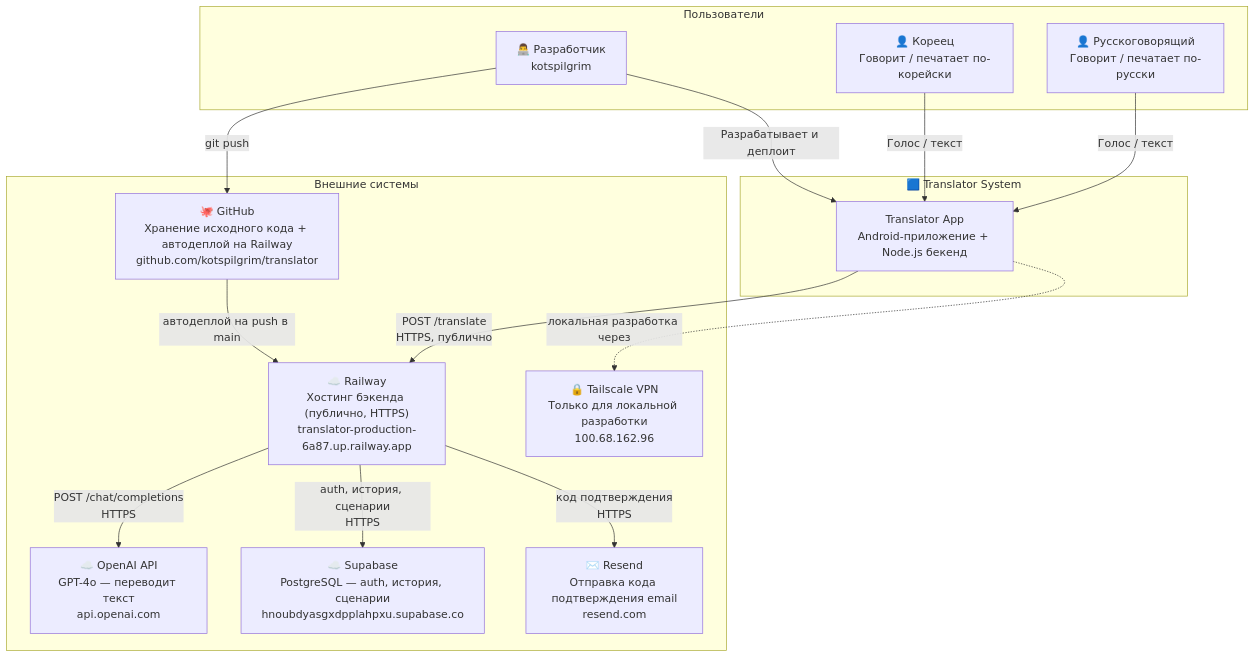
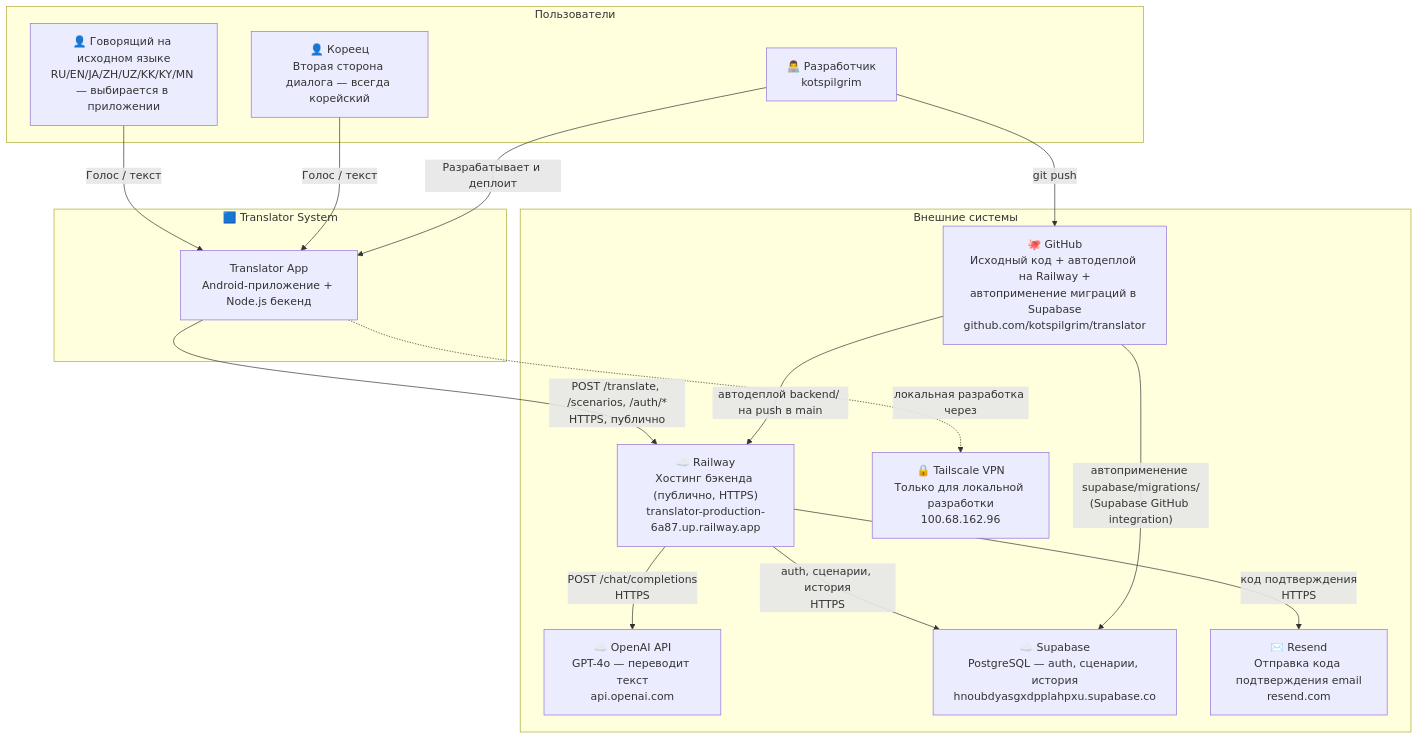
Before and after one commit to kotspilgrim/translator: the first of 6 diagrams in ARCHITECTURE.md, drawn with Mermaid. The commit also changed other lines of this file, not shown here.

First line of the commit message:
docs: rewrite ARCHITECTURE.md to match current implementation

````diff
--- a/ARCHITECTURE.md
+++ b/ARCHITECTURE.md
@@ -13,32 +13,33 @@
 ```mermaid
 graph TB
   subgraph people["Пользователи"]
-    RU["👤 Русскоговорящий\nГоворит / печатает по-русски"]
-    KO["👤 Кореец\nГоворит / печатает по-корейски"]
+    RU["👤 Говорящий на исходном языке\nRU/EN/JA/ZH/UZ/KK/KY/MN — выбирается в приложении"]
+    KO["👤 Кореец\nВторая сторона диалога — всегда корейский"]
     DEV["👨‍💻 Разработчик\nkotspilgrim"]
   end
 
   subgraph system["🟦 Translator System"]
     APP["Translator App\nAndroid-приложение + Node.js бекенд"]
   end
 
   subgraph external["Внешние системы"]
     OPENAI["☁️ OpenAI API\nGPT-4o — переводит текст\napi.openai.com"]
-    SUPABASE["☁️ Supabase\nPostgreSQL — auth, история, сценарии\nhnoubdyasgxdpplahpxu.supabase.co"]
+    SUPABASE["☁️ Supabase\nPostgreSQL — auth, сценарии, история\nhnoubdyasgxdpplahpxu.supabase.co"]
     RESEND["✉️ Resend\nОтправка кода подтверждения email\nresend.com"]
     RAILWAY["☁️ Railway\nХостинг бэкенда (публично, HTTPS)\ntranslator-production-6a87.up.railway.app"]
-    GITHUB["🐙 GitHub\nХранение исходного кода + автодеплой на Railway\ngithub.com/kotspilgrim/translator"]
+    GITHUB["🐙 GitHub\nИсходный код + автодеплой на Railway +\nавтоприменение миграций в Supabase\ngithub.com/kotspilgrim/translator"]
     TAILSCALE["🔒 Tailscale VPN\nТолько для локальной разработки\n100.68.162.96"]
   end
 
   RU -->|"Голос / текст"| APP
   KO -->|"Голос / текст"| APP
   DEV -->|"Разрабатывает и деплоит"| APP
-  APP -->|"POST /translate\nHTTPS, публично"| RAILWAY
+  APP -->|"POST /translate, /scenarios, /auth/*\nHTTPS, публично"| RAILWAY
   RAILWAY -->|"POST /chat/completions\nHTTPS"| OPENAI
-  RAILWAY -->|"auth, история, сценарии\nHTTPS"| SUPABASE
+  RAILWAY -->|"auth, сценарии, история\nHTTPS"| SUPABASE
   RAILWAY -->|"код подтверждения\nHTTPS"| RESEND
   DEV -->|"git push"| GITHUB
-  GITHUB -->|"автодеплой на push в main"| RAILWAY
+  GITHUB -->|"автодеплой backend/ на push в main"| RAILWAY
+  GITHUB -->|"автоприменение supabase/migrations/\n(Supabase GitHub integration)"| SUPABASE
   APP -.->|"локальная разработка через"| TAILSCALE
 ```
````
